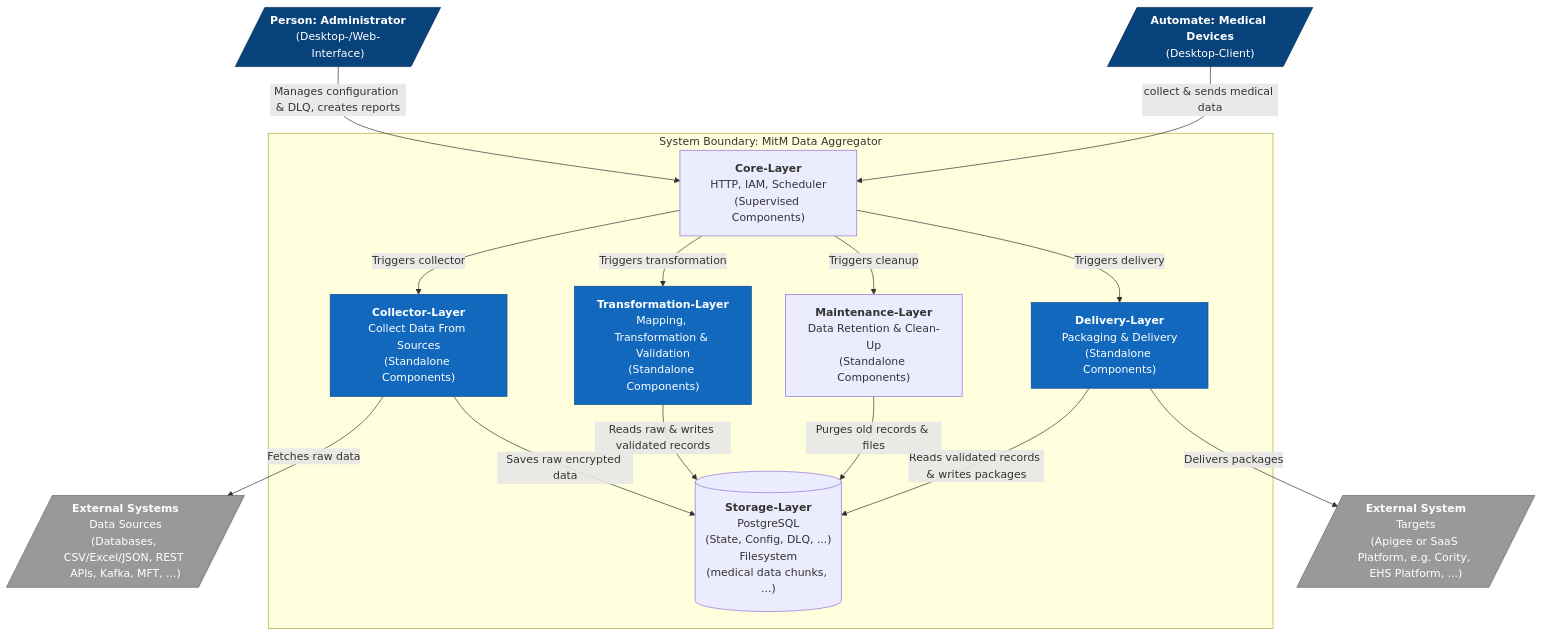
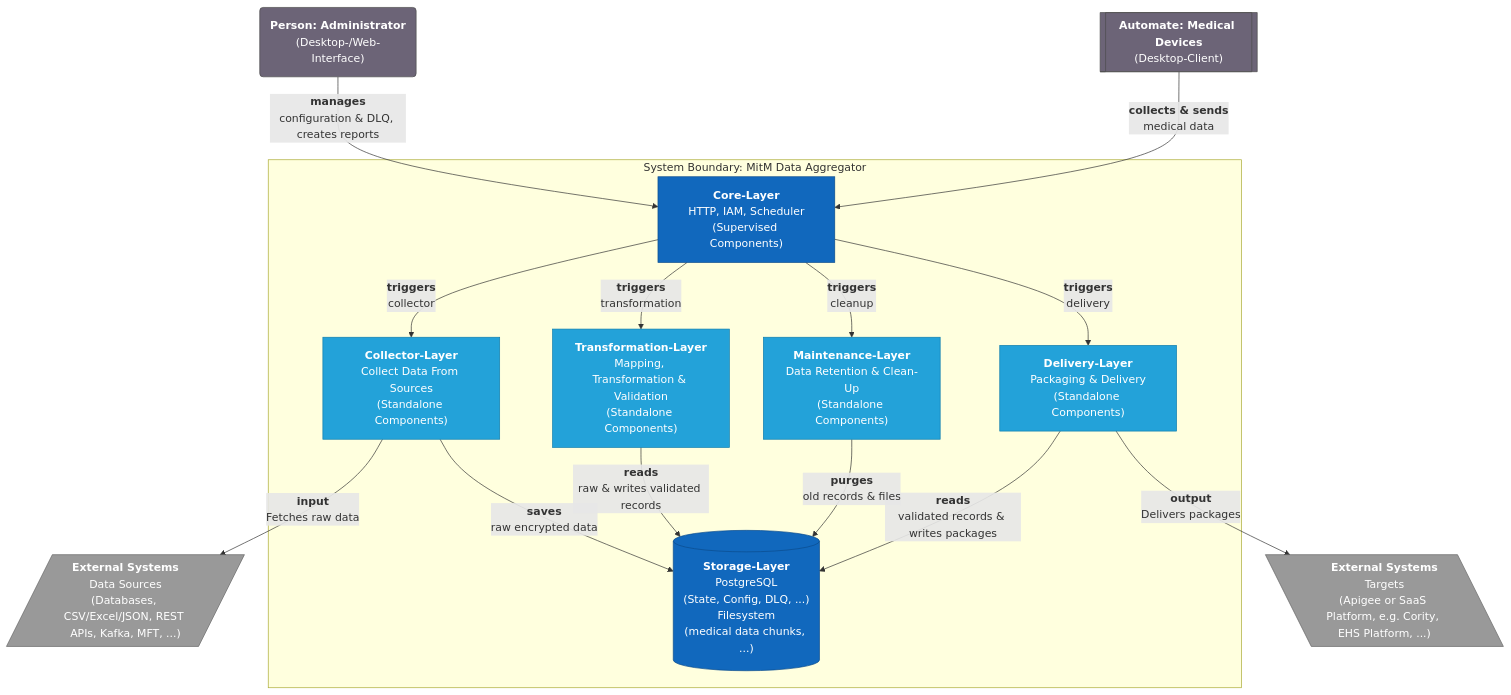
The diagram in README.md (Zheng-Bote/mitm-2), drawn with Mermaid before and after one commit. The commit also changed 1 other file, not shown here.

Commit message:
chore(docu): fixing notation

````diff
--- a/README.md
+++ b/README.md
@@ -92,42 +92,44 @@
 ```mermaid
 flowchart TB
-    admin[/"<b>Person: Administrator</b><br/>(Desktop-/Web-Interface)"/]
-    mta[/"<b>Automate: Medical Devices</b><br/>(Desktop-Client)"/]
+    admin("<b>Person: Administrator</b><br/>(Desktop-/Web-Interface)")
+    mta[["<b>Automate: Medical Devices</b><br/>(Desktop-Client)"]]
 
     subgraph system ["System Boundary: MitM Data Aggregator"]
         core["<b>Core-Layer</b><br/>HTTP, IAM, Scheduler<br/>(Supervised Components)"]
         collector["<b>Collector-Layer</b><br/>Collect Data From Sources<br/>(Standalone Components)"]
         transformer["<b>Transformation-Layer</b><br/>Mapping, Transformation & Validation<br/>(Standalone Components)"]
         maintenance["<b>Maintenance-Layer</b><br/>Data Retention & Clean-Up<br/>(Standalone Components)"]
         delivery["<b>Delivery-Layer</b><br/>Packaging & Delivery<br/>(Standalone Components)"]
         storage[("<b>Storage-Layer</b><br/>PostgreSQL<br/>(State, Config, DLQ, ...)<br/>Filesystem<br/>(medical data chunks, ...)")]
     end
 
     sources[/"<b>External Systems</b><br/>Data Sources<br/>(Databases, CSV/Excel/JSON, REST APIs, Kafka, MFT, ...)"/]
-    saas[/"<b>External System</b><br/>Targets<br/>(Apigee or SaaS Platform, e.g. Cority, EHS Platform, ...)"/]
+    saas[\"<b>External Systems</b><br/>Targets<br/>(Apigee or SaaS Platform, e.g. Cority, EHS Platform, ...)"\]
 
-    admin -->|Manages configuration & DLQ, creates reports| core
-    mta -->|collect & sends medical data| core
-    core -->|Triggers collector| collector
-    core -->|Triggers transformation| transformer
-    core -->|Triggers cleanup| maintenance
-    core -->|Triggers delivery| delivery
+    admin -->|"<b>manages</b><br/>configuration & DLQ, creates reports"| core
+    mta -->|"<b>collects & sends</b><br/>medical data"| core
+    core -->|"<b>triggers</b><br/> collector"| collector
+    core -->|"<b>triggers</b><br/> transformation"| transformer
+    core -->|"<b>triggers</b><br/> cleanup"| maintenance
+    core -->|"<b>triggers</b><br/> delivery"| delivery
 
-    collector -->|Fetches raw data| sources
-    collector -->|Saves raw encrypted data| storage
+    collector -->|"<b>input</b><br>Fetches raw data"| sources
+    collector -->|"<b>saves</b><br/>raw encrypted data"| storage
 
-    transformer -->|Reads raw & writes validated records| storage
+    transformer -->|"<b>reads</b><br/>raw & writes validated records"| storage
 
-    delivery -->|Reads validated records & writes packages| storage
-    delivery -->|Delivers packages| saas
+    delivery -->|"<b>reads</b><br/>validated records & writes packages"| storage
+    delivery -->|"<b>output</b><br>Delivers packages"| saas
 
-    maintenance -->|Purges old records & files| storage
+    maintenance -->|"<b>purges</b><br/>old records & files"| storage
 
-    classDef system fill:#1168bd,stroke:#0b4c8c,color:#fff;
+    classDef coresystem fill:#1168bd,stroke:#0b4c8c,color:#fff;
+    classDef system fill:#23A2D9,stroke:#0E7DAD,color:#fff;
     classDef external fill:#999999,stroke:#666666,color:#fff;
-    classDef actor fill:#08427b,stroke:#052e56,color:#fff;
+    classDef actor fill:#6C6477,stroke:#4D4D4D,color:#fff;
 
-    class collector,transformer,delivery system;
+    class core,storage coresystem;
+    class collector,transformer,maintenance,delivery system;
     class sources,saas external;
     class admin,mta actor;
 ```
````
